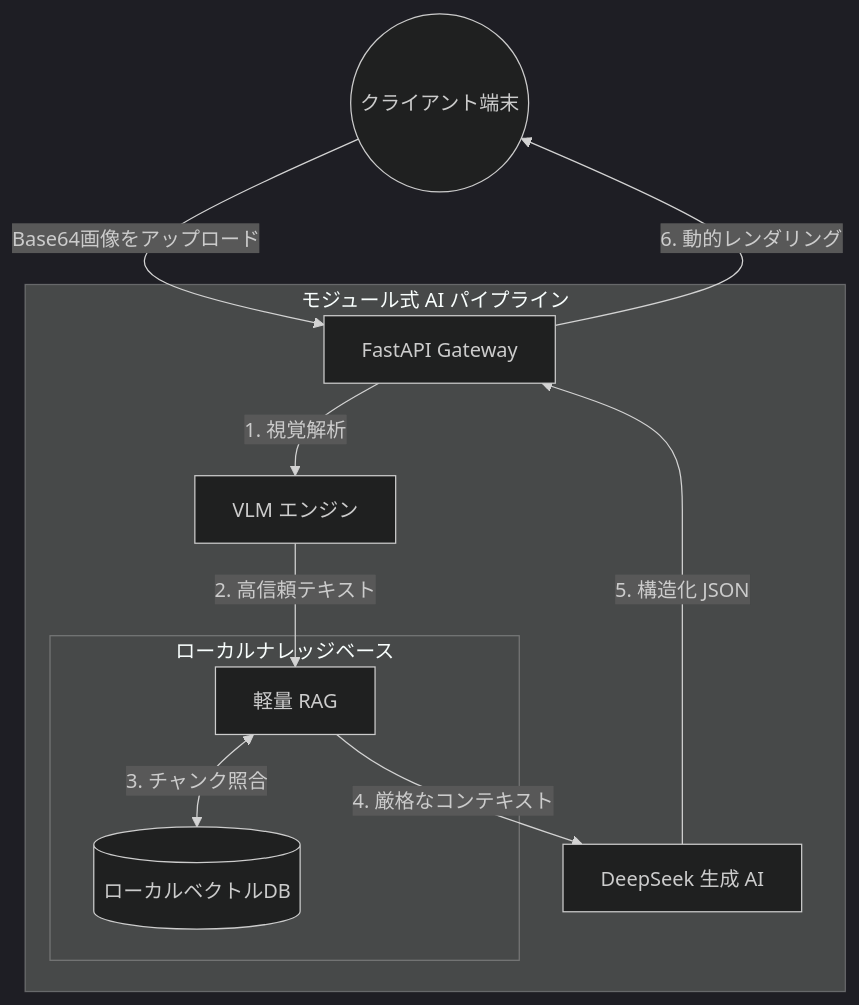
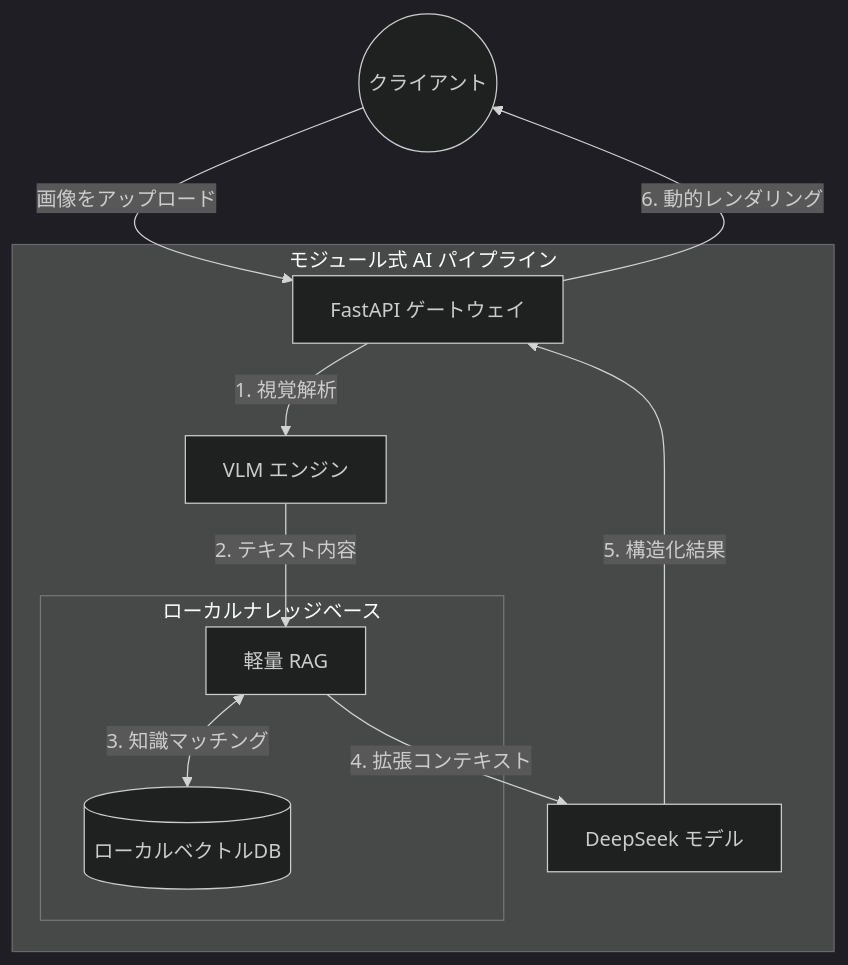
Before and after one commit to KardeniaPoyu/MiniRAGuard: the diagram in README_ja.md, drawn with Mermaid (dark theme). The commit also changed other lines of this file and 2 other files, not shown here.

````diff
--- a/README_ja.md
+++ b/README_ja.md
@@ -80,18 +80,18 @@
 ```mermaid
 graph TD
-    User((クライアント端末)) -->|Base64画像をアップロード| API_Gateway[FastAPI Gateway]
+    User((クライアント)) -->|画像をアップロード| API_Gateway[FastAPI ゲートウェイ]
     
     subgraph モジュール式 AI パイプライン
         API_Gateway -->|1. 視覚解析| VL[VLM エンジン]
-        VL -->|2. 高信頼テキスト| RAG_Engine[軽量 RAG]
+        VL -->|2. テキスト内容| RAG_Engine[軽量 RAG]
         
         subgraph ローカルナレッジベース
-            RAG_Engine <-->|3. チャンク照合| VectorDB[(ローカルベクトルDB)]
+            RAG_Engine <-->|3. 知識マッチング| VectorDB[(ローカルベクトルDB)]
         end
         
-        RAG_Engine -->|4. 厳格なコンテキスト| LLM[DeepSeek 生成 AI]
+        RAG_Engine -->|4. 拡張コンテキスト| LLM[DeepSeek モデル]
     end
     
-    LLM -->|5. 構造化 JSON| API_Gateway
+    LLM -->|5. 構造化結果| API_Gateway
     API_Gateway -->|6. 動的レンダリング| User
 ```
````
